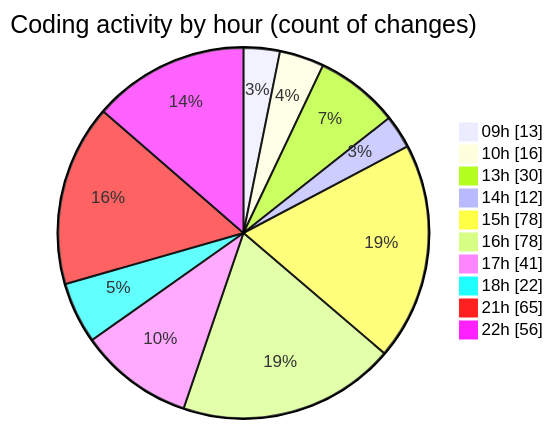
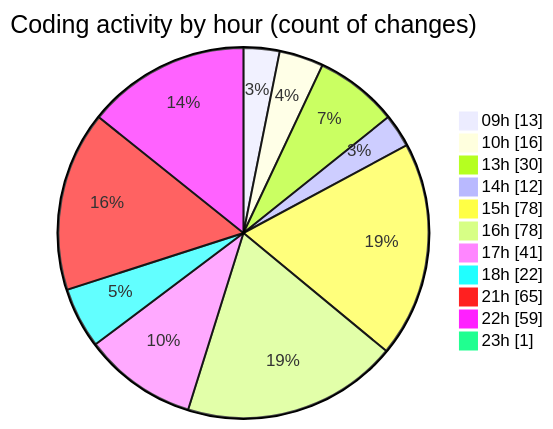
The second of 2 diagrams in 2025-03-31/cda/README.md (momahboobian/code-tracking), drawn with Mermaid before and after one commit. The commit also changed other lines of this file and 1 other file, not shown here.

````diff
--- a/2025-03-31/cda/README.md
+++ b/2025-03-31/cda/README.md
@@ -50,14 +50,15 @@
 ```mermaid
 pie showData
 title Coding activity by hour (count of changes)
 "09h" : 13
 "10h" : 16
 "13h" : 30
 "14h" : 12
 "15h" : 78
 "16h" : 78
 "17h" : 41
 "18h" : 22
 "21h" : 65
-"22h" : 56
+"22h" : 59
+"23h" : 1
 ```
````
